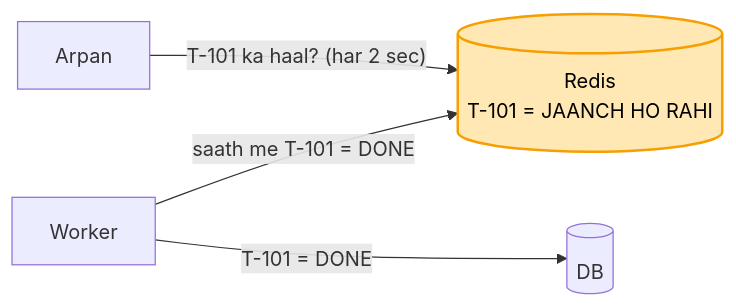
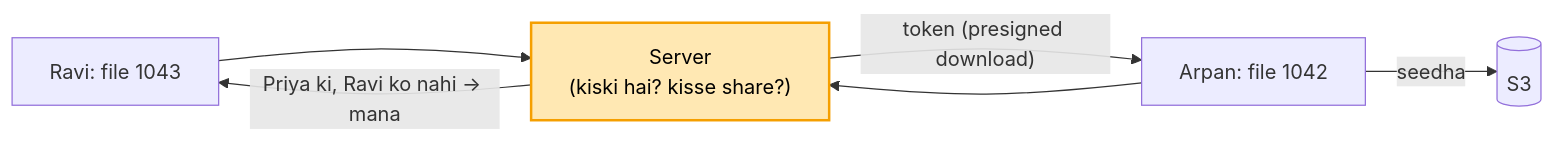
Before and after one commit to ArpanMaheshwari144/Prep: the fifth of 6 diagrams in 04_HLD/SYSTEM_DESIGNS/07_file_upload_validate_system/07_file_upload.md, drawn with Mermaid. The commit also changed other lines of this file and 2 other files, not shown here.

Commit message:
File upload: scene-mock se hand notes + main file kahani format (peeche line, seedha S3 + tukde, receptionist token, S3 event, folder ped DB me, maalik check, chhota link, scan ki alag line)

````diff
--- a/04_HLD/SYSTEM_DESIGNS/07_file_upload_validate_system/07_file_upload.md
+++ b/04_HLD/SYSTEM_DESIGNS/07_file_upload_validate_system/07_file_upload.md
@@ -264,7 +127,9 @@
 ```mermaid
 flowchart LR
-    A["Arpan"] -->|"T-101 ka haal? (har 2 sec)"| R[("Redis<br/>T-101 = JAANCH HO RAHI")]
-    W["Worker"] -->|"T-101 = DONE"| D[("DB")]
-    W -->|"saath me T-101 = DONE"| R
-    style R fill:#ffe8b3,stroke:#f59f00,stroke-width:2px,color:#000
+    R["Ravi: file 1043"] --> U["Server<br/>(kiski hai? kisse share?)"]
+    U -- "Priya ki, Ravi ko nahi -> mana" --> R
+    A["Arpan: file 1042"] --> U
+    U -- "token (presigned download)" --> A
+    A -- "seedha" --> S3[("S3")]
+    style U fill:#ffe8b3,stroke:#f59f00,stroke-width:2px,color:#000
 ```
````
